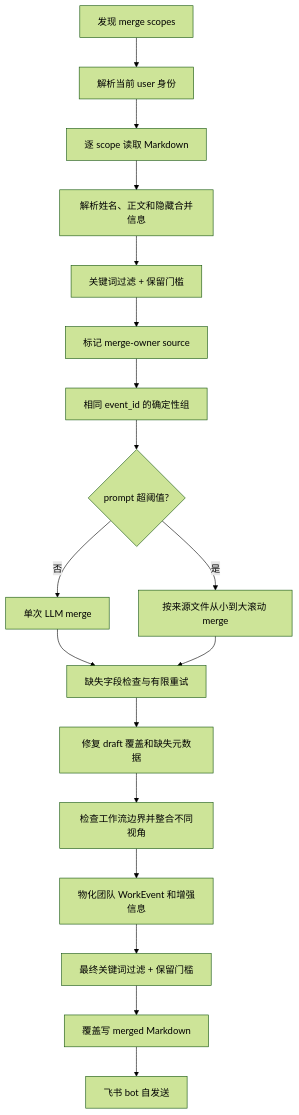
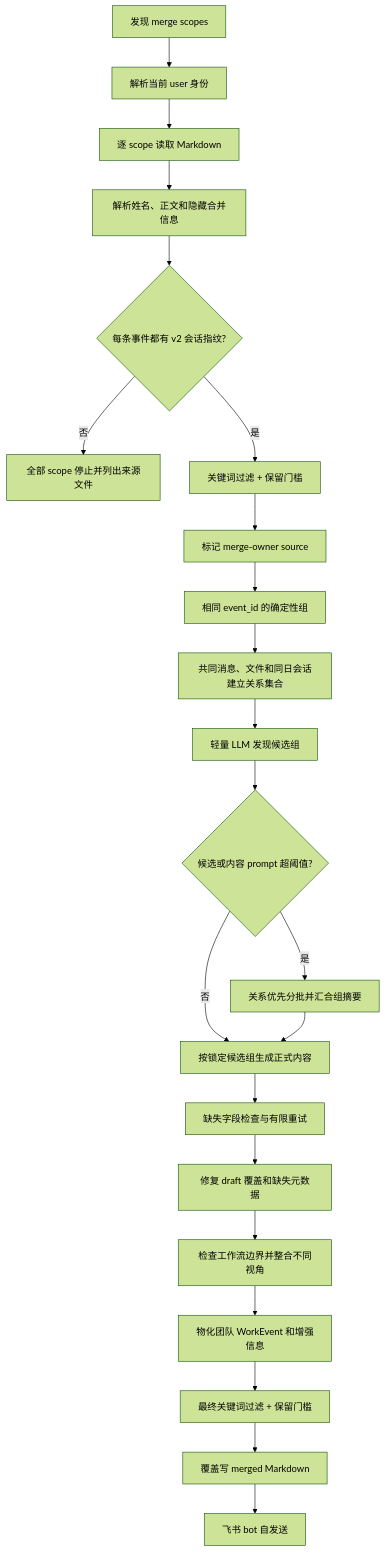
The diagram in docs/collected-people-merge-plan.md (sunweisheng/WorkTrace), drawn with Mermaid (forest theme) before and after one commit. The commit also changed other lines of this file and 33 other files, not shown here.

Commit message:
feat: improve merge evidence and LLM diagnostics

````diff
--- a/docs/collected-people-merge-plan.md
+++ b/docs/collected-people-merge-plan.md
@@ -46,20 +46,24 @@
 ```mermaid
 flowchart TD
     A["发现 merge scopes"] --> B["解析当前 user 身份"]
     B --> C["逐 scope 读取 Markdown"]
     C --> D["解析姓名、正文和隐藏合并信息"]
-    D --> E["关键词过滤 + 保留门槛"]
-    E --> F["标记 merge-owner source"]
-    F --> G["相同 event_id 的确定性组"]
-    G --> H{"prompt 超阈值?"}
-    H -->|"否"| I["单次 LLM merge"]
-    H -->|"是"| J["按来源文件从小到大滚动 merge"]
-    I --> K["缺失字段检查与有限重试"]
-    J --> K
-    K --> L["修复 draft 覆盖和缺失元数据"]
-    L --> M["检查工作流边界并整合不同视角"]
-    M --> N["物化团队 WorkEvent 和增强信息"]
-    N --> O["最终关键词过滤 + 保留门槛"]
-    O --> P["覆盖写 merged Markdown"]
-    P --> Q["飞书 bot 自发送"]
+    D --> E{"每条事件都有 v2 会话指纹?"}
+    E -->|"否"| X["全部 scope 停止并列出来源文件"]
+    E -->|"是"| F["关键词过滤 + 保留门槛"]
+    F --> G["标记 merge-owner source"]
+    G --> H["相同 event_id 的确定性组"]
+    H --> I["共同消息、文件和同日会话建立关系集合"]
+    I --> J["轻量 LLM 发现候选组"]
+    J --> K{"候选或内容 prompt 超阈值?"}
+    K -->|"是"| L["关系优先分批并汇合组摘要"]
+    K -->|"否"| M["按锁定候选组生成正式内容"]
+    L --> M
+    M --> N["缺失字段检查与有限重试"]
+    N --> O["修复 draft 覆盖和缺失元数据"]
+    O --> P["检查工作流边界并整合不同视角"]
+    P --> Q["物化团队 WorkEvent 和增强信息"]
+    Q --> R["最终关键词过滤 + 保留门槛"]
+    R --> S["覆盖写 merged Markdown"]
+    S --> T["飞书 bot 自发送"]
 ```
````
